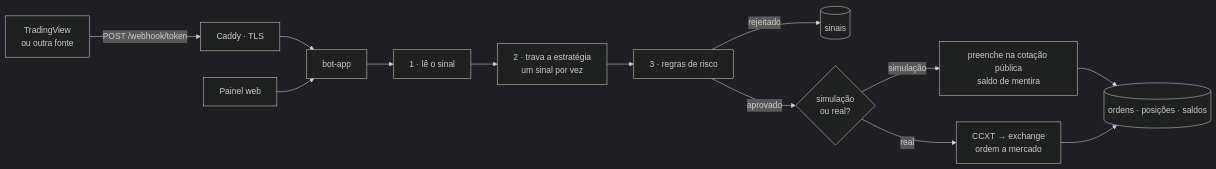
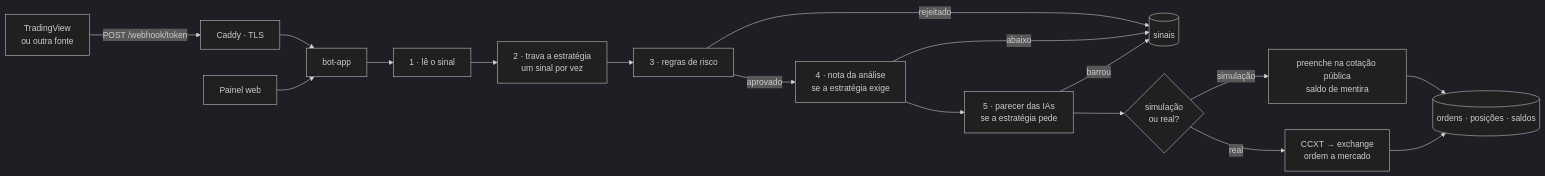
The diagram in README.md (CleytonPrudencio/bot-financeiro), drawn with Mermaid (dark theme) before and after one commit. The commit also changed other lines of this file and 39 other files, not shown here.

````diff
--- a/README.md
+++ b/README.md
@@ -23,14 +25,18 @@
 ```mermaid
 flowchart LR
     tv[TradingView<br/>ou outra fonte] -->|POST /webhook/token| caddy[Caddy · TLS]
     caddy --> app[bot-app]
     app --> ler[1 · lê o sinal]
     ler --> trava[2 · trava a estratégia<br/>um sinal por vez]
     trava --> risco[3 · regras de risco]
     risco -->|rejeitado| reg[(sinais)]
-    risco -->|aprovado| modo{simulação<br/>ou real?}
+    risco -->|aprovado| nota[4 · nota da análise<br/>se a estratégia exige]
+    nota -->|abaixo| reg
+    nota --> ia[5 · parecer das IAs<br/>se a estratégia pede]
+    ia -->|barrou| reg
+    ia --> modo{simulação<br/>ou real?}
     modo -->|simulação| sim[preenche na cotação pública<br/>saldo de mentira]
     modo -->|real| ccxt[CCXT → exchange<br/>ordem a mercado]
     sim & ccxt --> grava[(ordens · posições · saldos)]
     painel[Painel web] --> app
 ```
````
